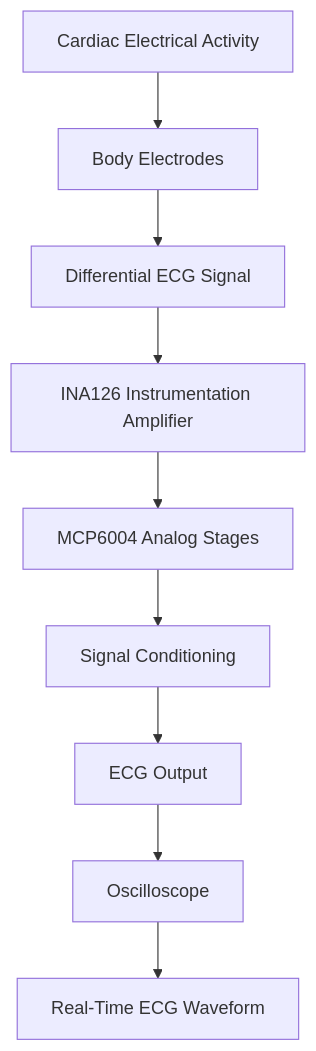
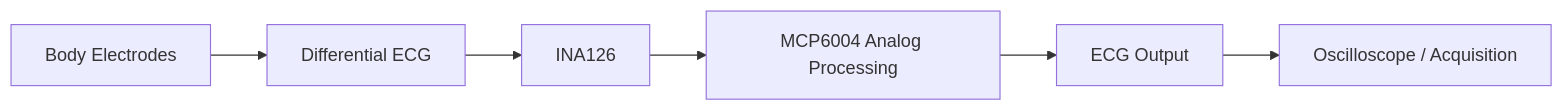
One commit to tharhtetnyan/finger-ecg-board changed the first of 2 diagrams in README.md. Above: the diagram before and after it, drawn with Mermaid. The commit also changed other lines of this file, not shown here.

````diff
--- a/README.md
+++ b/README.md
@@ -60,11 +51,8 @@
 ```mermaid
-flowchart TD
-    A[Cardiac Electrical Activity] --> B[Body Electrodes]
-    B --> C[Differential ECG Signal]
-    C --> D[INA126 Instrumentation Amplifier]
-    D --> E[MCP6004 Analog Stages]
-    E --> F[Signal Conditioning]
-    F --> G[ECG Output]
-    G --> H[Oscilloscope]
-    H --> I[Real-Time ECG Waveform]
+flowchart LR
+    A[Body Electrodes] --> B[Differential ECG]
+    B --> C[INA126]
+    C --> D[MCP6004 Analog Processing]
+    D --> E[ECG Output]
+    E --> F[Oscilloscope / Acquisition]
 ```
````
